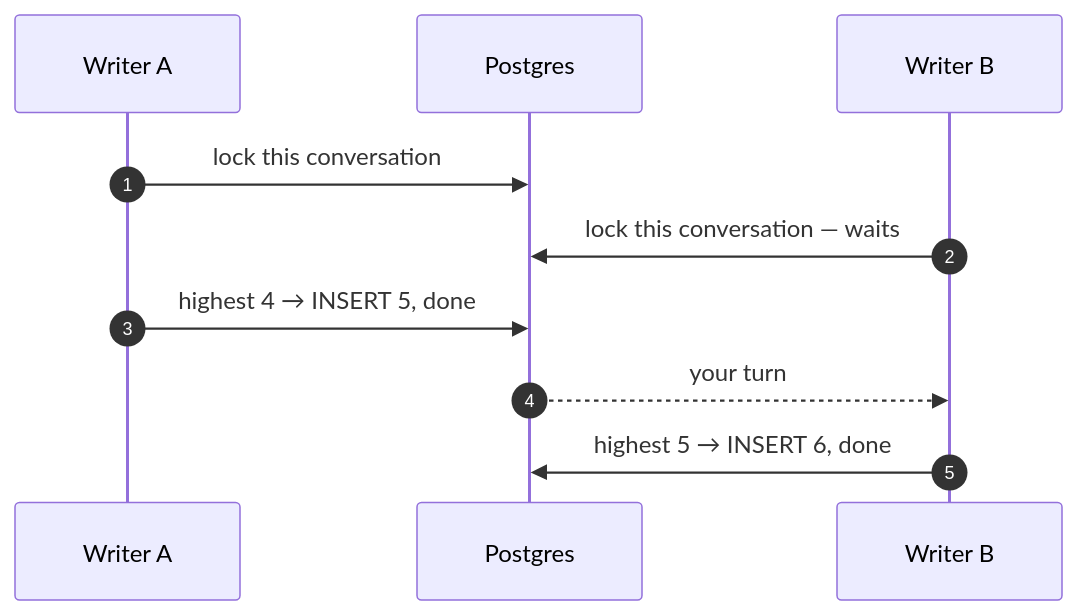
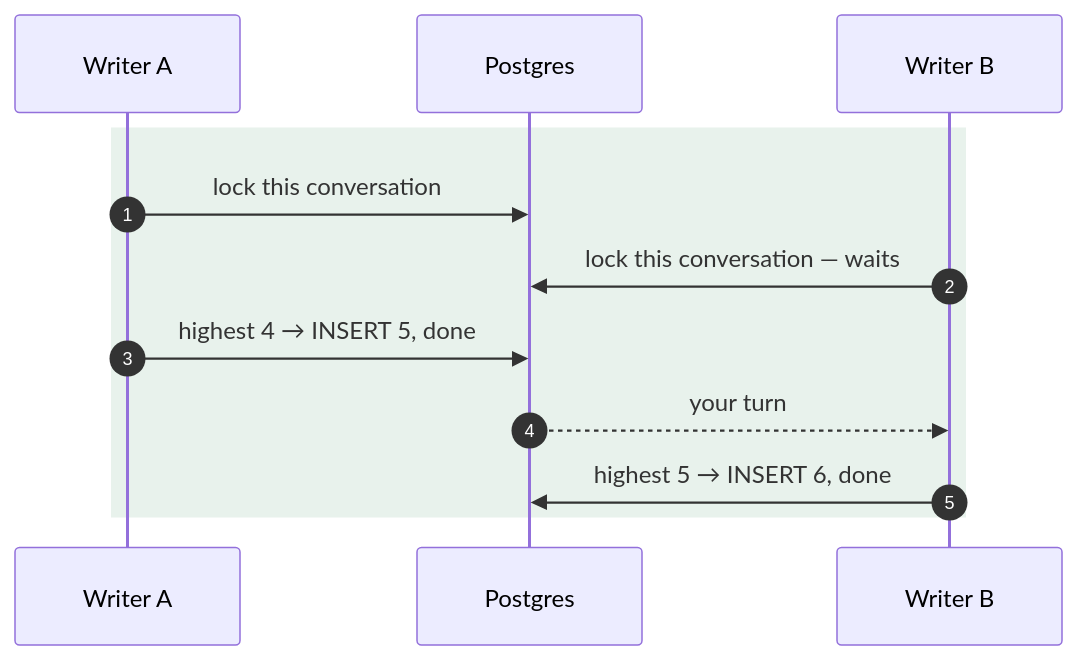
Before and after one commit to selvakumarperumal/Corporate_Filing_Analyzer_Agent: the eighth of 15 diagrams in docs/TESTING-SCALING.md, drawn with Mermaid. The commit also changed other lines of this file, not shown here.

Commit message:
docs: style mermaid diagrams and add 'When it happens' context callouts across scaling test rows

````diff
--- a/docs/TESTING-SCALING.md
+++ b/docs/TESTING-SCALING.md
@@ -782,12 +886,14 @@
 ```mermaid
 sequenceDiagram
   autonumber
   participant A as Writer A
   participant DB as Postgres
   participant B as Writer B
-  A->>DB: lock this conversation
-  B->>DB: lock this conversation — waits
-  A->>DB: highest 4 → INSERT 5, done
-  DB-->>B: your turn
-  B->>DB: highest 5 → INSERT 6, done
+  rect rgba(30, 132, 73, 0.10)
+    A->>DB: lock this conversation
+    B->>DB: lock this conversation — waits
+    A->>DB: highest 4 → INSERT 5, done
+    DB-->>B: your turn
+    B->>DB: highest 5 → INSERT 6, done
+  end
 ```
````
